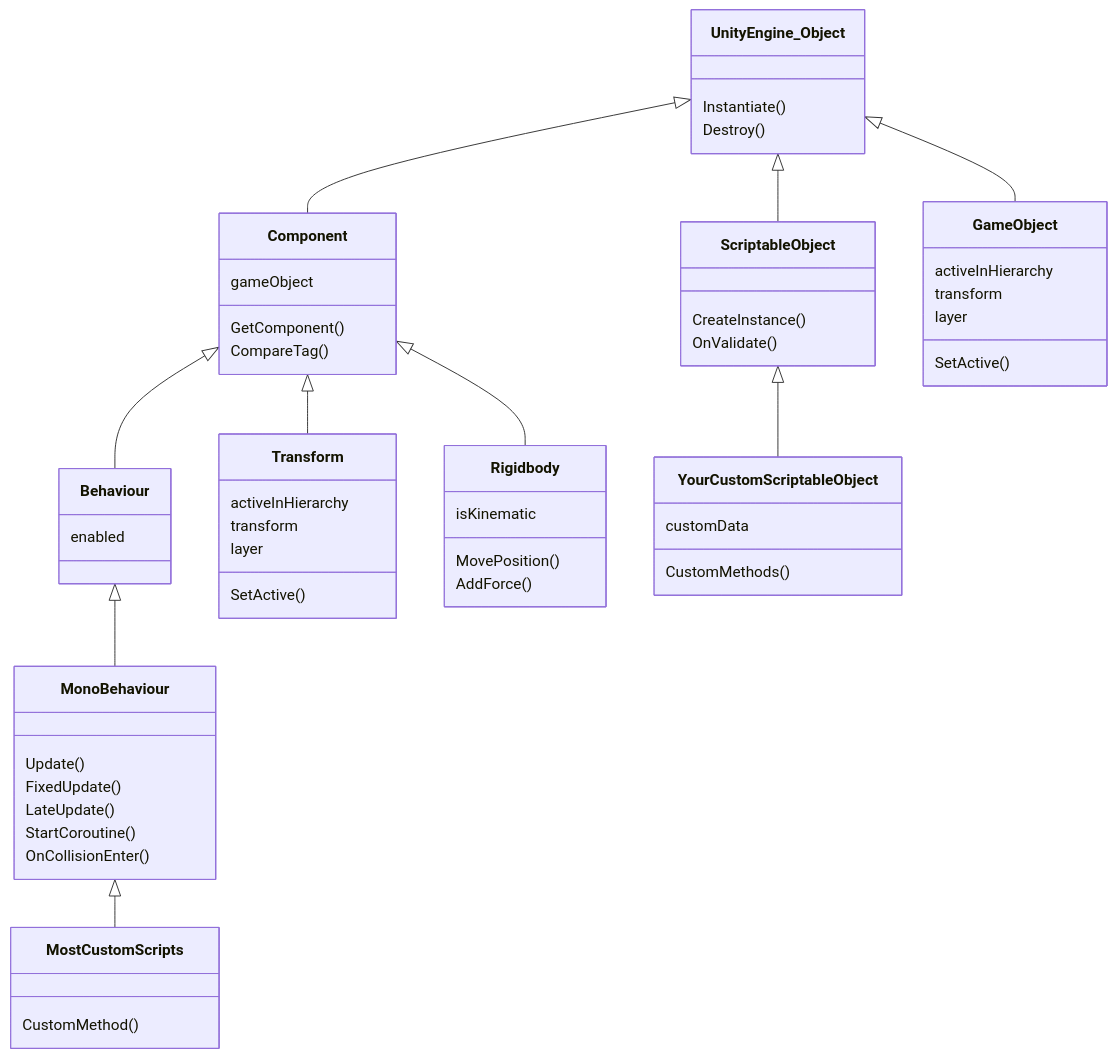
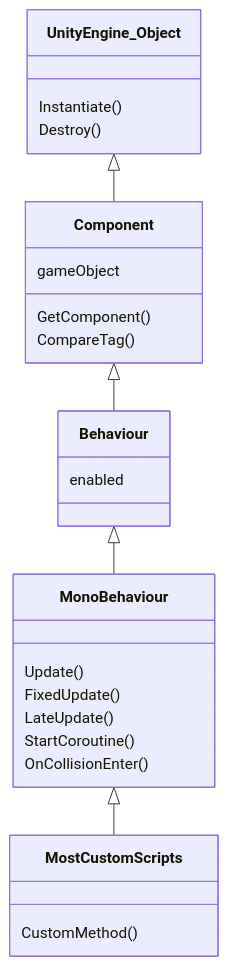
The diagram in web/docs/unity/programming/200-monobehaviours.md (VGDevs/vgdevs-com), drawn with Mermaid before and after one commit. The commit also changed other lines of this file and 17 other files, not shown here.

````diff
--- a/web/docs/unity/programming/200-monobehaviours.md
+++ b/web/docs/unity/programming/200-monobehaviours.md
@@ -19,57 +11,27 @@
 ```mermaid
 classDiagram
     UnityEngine_Object <|-- Component
-    UnityEngine_Object <|-- ScriptableObject
-    UnityEngine_Object <|-- GameObject
     UnityEngine_Object: Instantiate()
     UnityEngine_Object: Destroy()
     Behaviour <|-- MonoBehaviour
     MonoBehaviour <|-- MostCustomScripts
-    Component <|-- Transform
-    Component <|-- Rigidbody
     Component <|-- Behaviour
-    ScriptableObject <|-- YourCustomScriptableObject
     class Component {
         gameObject
         GetComponent<T>()
         CompareTag()
-    }
-    class Rigidbody {
-        isKinematic
-        MovePosition()
-        AddForce()
-    }
-    class ScriptableObject {
-        CreateInstance()
-        OnValidate()
-    }
-    class GameObject {
-        activeInHierarchy
-        transform
-        layer
-        SetActive()
-    }
-    class Transform {
-        activeInHierarchy
-        transform
-        layer
-        SetActive()
     }
     class Behaviour {
         enabled
     }
     class MonoBehaviour{
         Update()
         FixedUpdate()
         LateUpdate()
         StartCoroutine()
         OnCollisionEnter()
     }
     class MostCustomScripts {
         CustomMethod()
     }
-    class YourCustomScriptableObject {
-        customData
-        CustomMethods()
-    }
 ```
````
